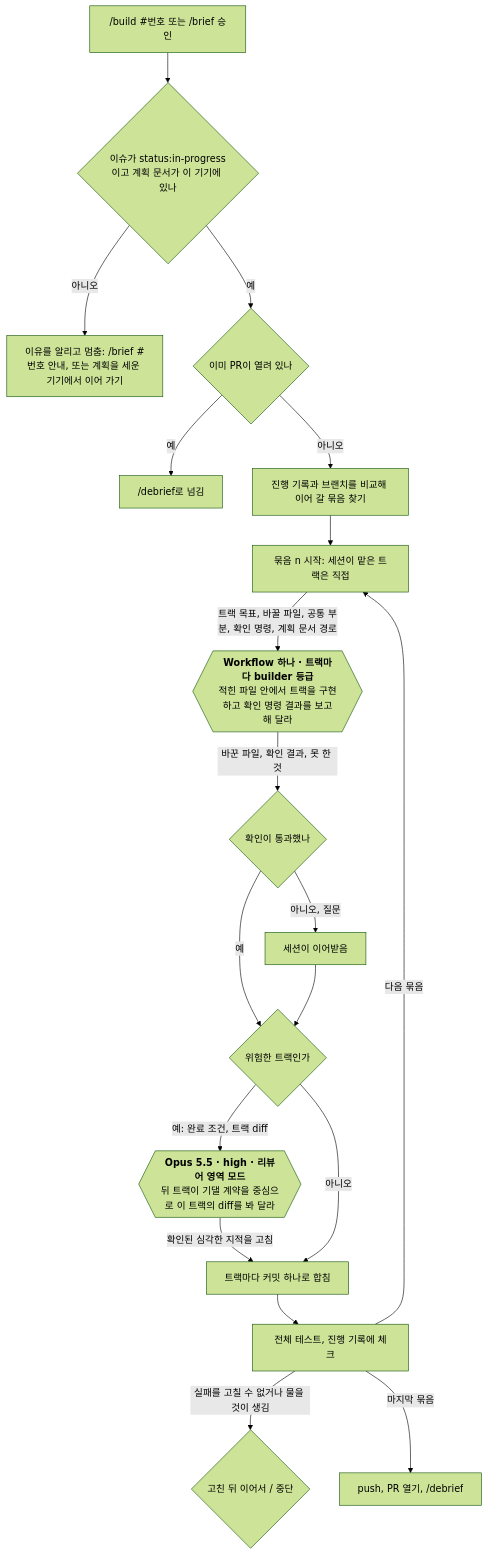
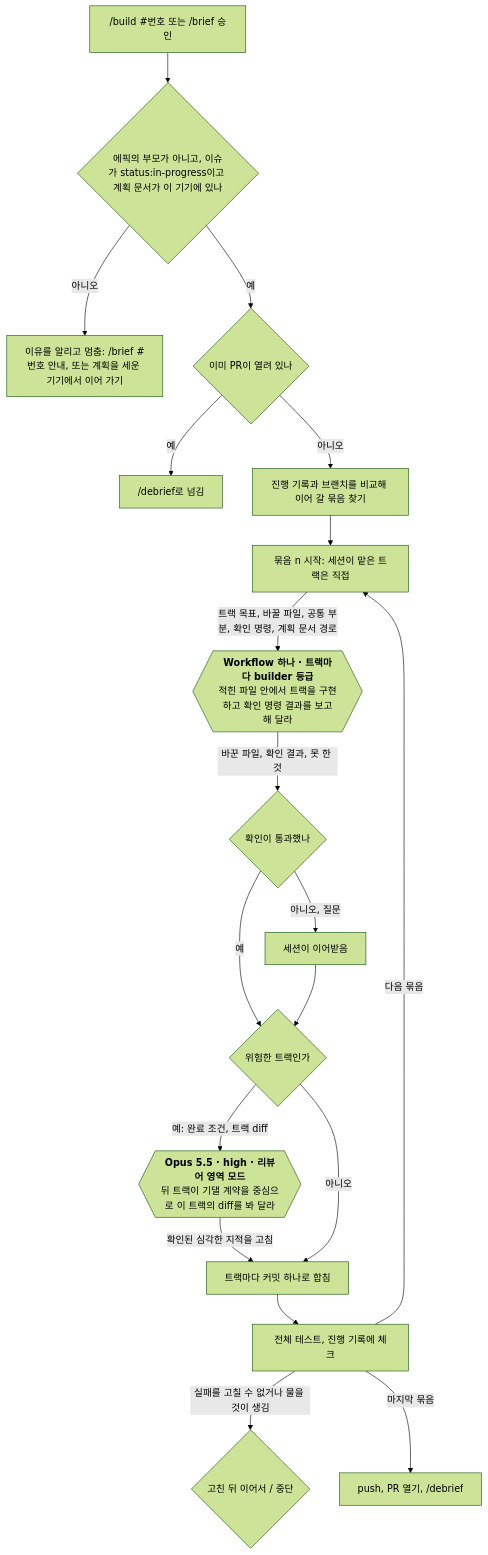
Before and after one commit to dincal/agent_logbook: the sixth of 10 diagrams in docs/system/flows.md, drawn with Mermaid (forest theme). The commit also changed other lines of this file and 12 other files, not shown here.

First line of the commit message:
Fix review round 1 findings on the epic flow

````diff
--- a/docs/system/flows.md
+++ b/docs/system/flows.md
@@ -182,23 +182,23 @@
 ```mermaid
 flowchart TD
-  ST["/build #번호 또는 /brief 승인"] --> CK{"이슈가 status:in-progress이고 계획 문서가 이 기기에 있나"}
+  ST["/build #번호 또는 /brief 승인"] --> CK{"에픽의 부모가 아니고, 이슈가 status:in-progress이고 계획 문서가 이 기기에 있나"}
   CK -->|"아니오"| STOP["이유를 알리고 멈춤: /brief #번호 안내, 또는 계획을 세운 기기에서 이어 가기"]
   CK -->|"예"| WH{"이미 PR이 열려 있나"}
   WH -->|"예"| DBR["/debrief로 넘김"]
   WH -->|"아니오"| RS["진행 기록과 브랜치를 비교해 이어 갈 묶음 찾기"]
   RS --> W["묶음 n 시작: 세션이 맡은 트랙은 직접"]
   W -->|"트랙 목표, 바꿀 파일, 공통 부분, 확인 명령, 계획 문서 경로"| WF{{"`**Workflow 하나 · 트랙마다 builder 등급**
   적힌 파일 안에서 트랙을 구현하고 확인 명령 결과를 보고해 달라`"}}
   WF -->|"바꾼 파일, 확인 결과, 못 한 것"| OK{"확인이 통과했나"}
   OK -->|"아니오, 질문"| TK["세션이 이어받음"]
   OK -->|"예"| RK{"위험한 트랙인가"}
   TK --> RK
   RK -->|"예: 완료 조건, 트랙 diff"| RV{{"`**Opus 5.5 · high · 리뷰어 영역 모드**
   뒤 트랙이 기댈 계약을 중심으로 이 트랙의 diff를 봐 달라`"}}
   RV -->|"확인된 심각한 지적을 고침"| CM["트랙마다 커밋 하나로 합침"]
   RK -->|"아니오"| CM
   CM --> T["전체 테스트, 진행 기록에 체크"]
   T -->|"실패를 고칠 수 없거나 물을 것이 생김"| Q{"고친 뒤 이어서 / 중단"}
   T -->|"다음 묶음"| W
   T -->|"마지막 묶음"| PR["push, PR 열기, /debrief"]
 ```
````
